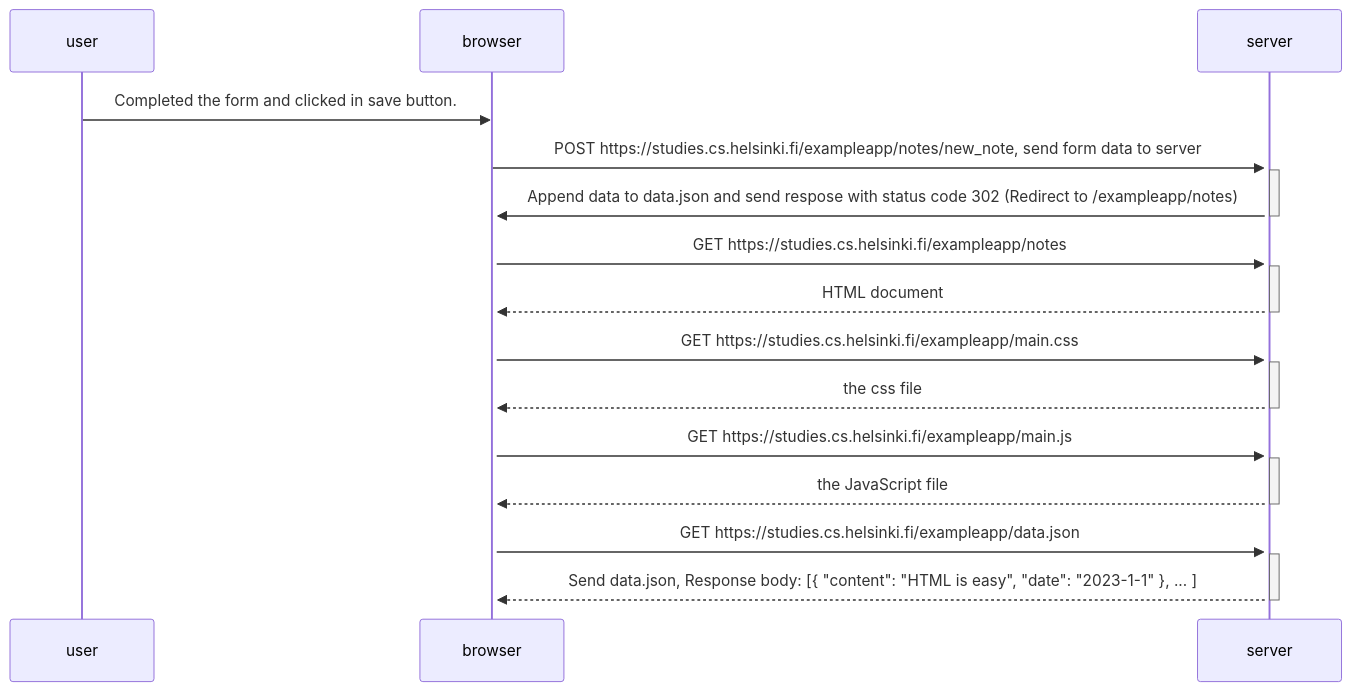
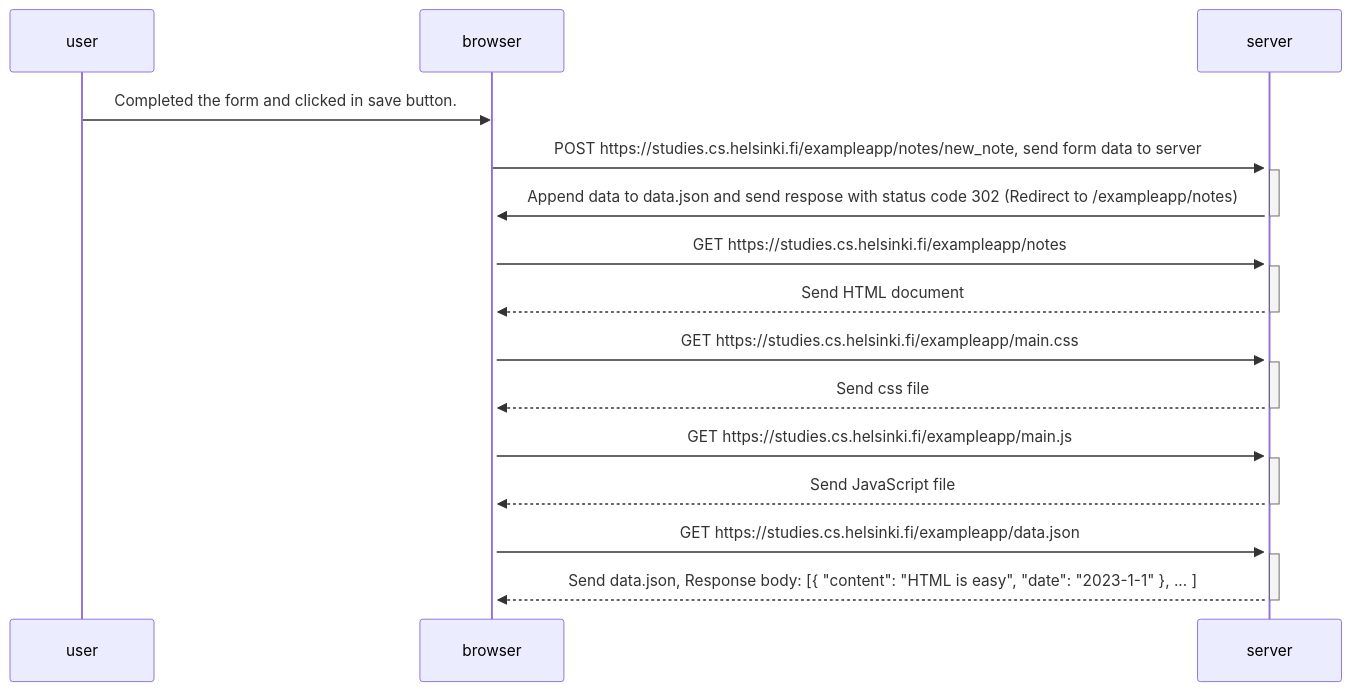
One commit to frank0389/fullstack-helsinki-submission-repository changed the diagram in part0/04/README.md. Above: the diagram before and after it, drawn with Mermaid. The commit also changed 1 other file, not shown here.

Commit message:
update  response

````diff
--- a/part0/04/README.md
+++ b/part0/04/README.md
@@ -1,25 +1,25 @@
  ```mermaid
  sequenceDiagram
     user->>browser: Completed the form and clicked in save button. 
     browser->>+server: POST https://studies.cs.helsinki.fi/exampleapp/notes/new_note, send form data to server
     activate server
     server->>+browser: Append data to data.json and send respose with status code 302 (Redirect to  /exampleapp/notes)
     deactivate server
     browser->>server: GET https://studies.cs.helsinki.fi/exampleapp/notes
     activate server
-    server-->>browser: HTML document
+    server-->>browser: Send HTML document
     deactivate server
     browser->>server: GET https://studies.cs.helsinki.fi/exampleapp/main.css
     activate server
-    server-->>browser: the css file
+    server-->>browser: Send css file
     deactivate server
     browser->>server: GET https://studies.cs.helsinki.fi/exampleapp/main.js
     activate server
-    server-->>browser: the JavaScript file
+    server-->>browser: Send JavaScript file
     deactivate server
     browser->>server: GET https://studies.cs.helsinki.fi/exampleapp/data.json
     activate server
     server-->>browser: Send data.json, Response body: [{ "content": "HTML is easy", "date": "2023-1-1" }, ... ]
     deactivate server
 
 ```
````
